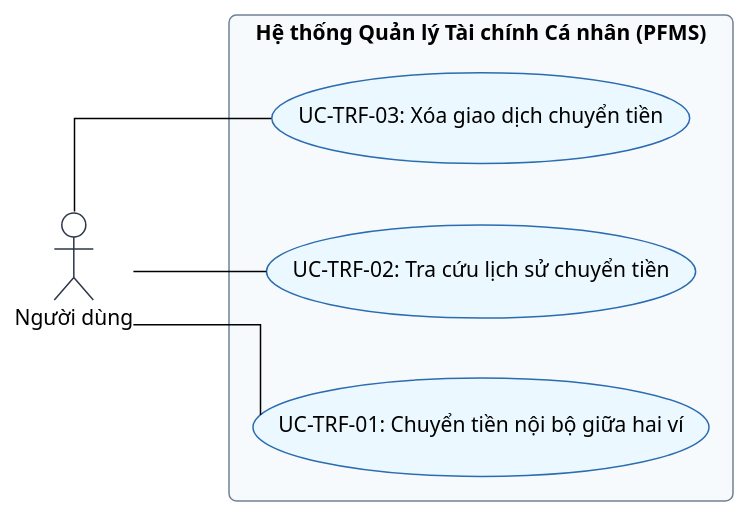
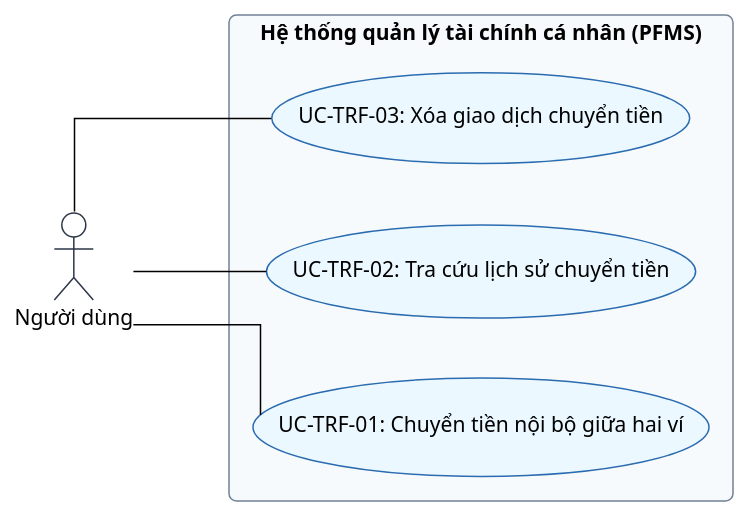
One commit to mynhleeh/pfms-oop changed the fourth of 7 diagrams in docs/software-requirement-specification/08-so-do-ca-su-dung-he-thong.md. Above: the diagram before and after it, drawn with PlantUML. The commit also changed other lines of this file and 9 other files, not shown here.

````diff
--- a/docs/software-requirement-specification/08-so-do-ca-su-dung-he-thong.md
+++ b/docs/software-requirement-specification/08-so-do-ca-su-dung-he-thong.md
@@ -166,29 +158,29 @@
 ```plantuml
 @startuml
 !theme plain
 skinparam shadowing false
 skinparam roundCorner 10
 skinparam defaultFontName "Segoe UI"
 skinparam linetype ortho
 skinparam nodesep 40
 skinparam ranksep 80
 skinparam actorBorderColor #2D3748
 skinparam usecaseBorderColor #2B6CB0
 skinparam usecaseBackgroundColor #EBF8FF
 skinparam rectangleBorderColor #718096
 skinparam rectangleBackgroundColor #F7FAFC
 left to right direction
 
 actor "Người dùng" as Owner
 
-rectangle "Hệ thống Quản lý Tài chính Cá nhân (PFMS)" {
-    usecase "UC-TRF-03: Xóa giao dịch chuyển tiền" as UC_TRF_03
-    usecase "UC-TRF-02: Tra cứu lịch sử chuyển tiền" as UC_TRF_02
-    usecase "UC-TRF-01: Chuyển tiền nội bộ giữa hai ví" as UC_TRF_01
+rectangle "Hệ thống quản lý tài chính cá nhân (PFMS)" {
+usecase "UC-TRF-03: Xóa giao dịch chuyển tiền" as UC_TRF_03
+usecase "UC-TRF-02: Tra cứu lịch sử chuyển tiền" as UC_TRF_02
+usecase "UC-TRF-01: Chuyển tiền nội bộ giữa hai ví" as UC_TRF_01
 }
 
 Owner -- UC_TRF_01
 Owner -- UC_TRF_02
 Owner -- UC_TRF_03
 @enduml
 ```
````
